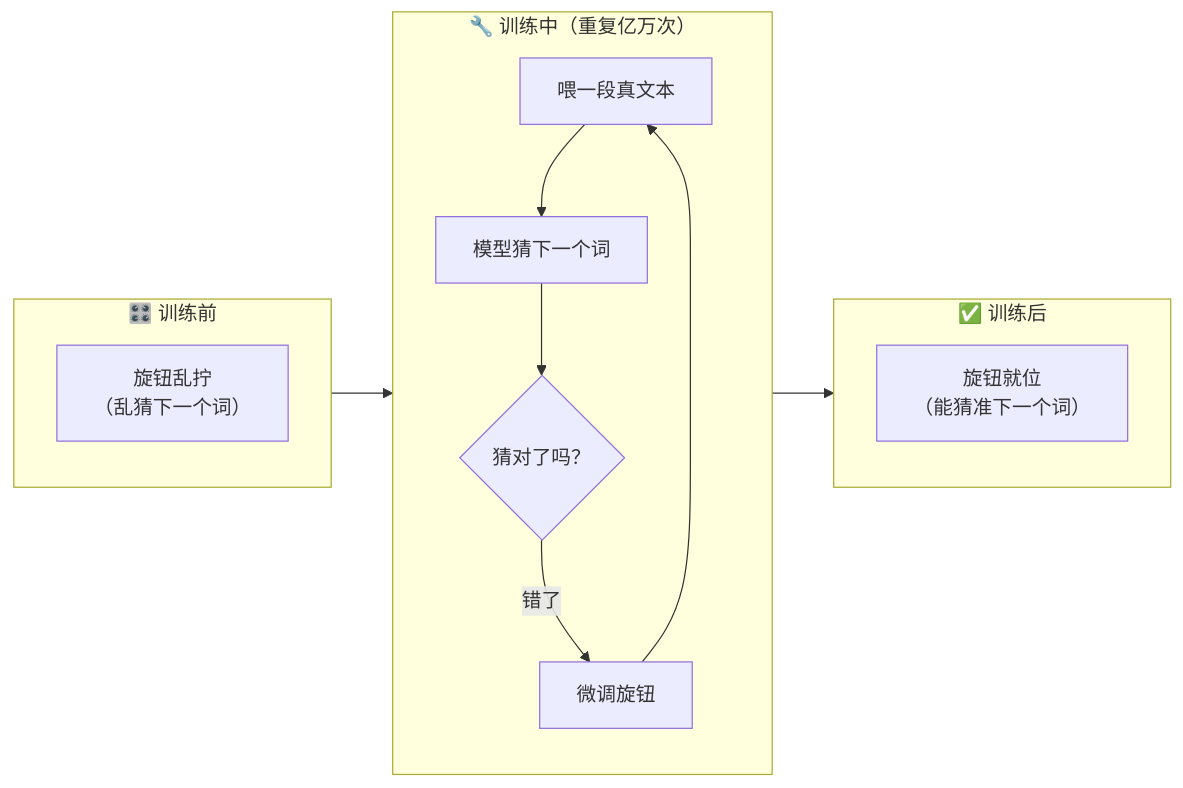
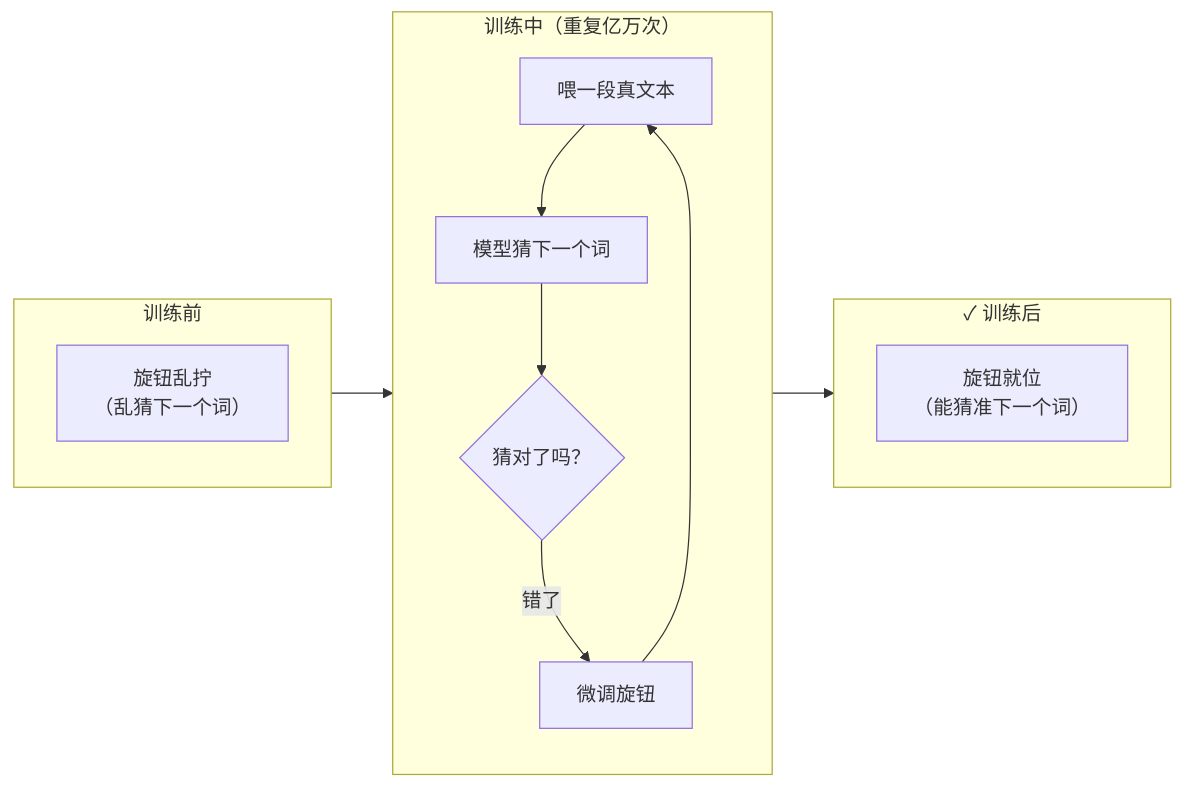
One commit to luckykhy/KhyAiHub changed the third of 7 diagrams in docs/02_CONCEPTS_概念入门/CONCEPT/[CONCEPT-06] 什么是LLM-大语言模型.md. Above: the diagram before and after it, drawn with Mermaid. The commit also changed other lines of this file and 19 other files, not shown here.

````diff
--- a/docs/02_CONCEPTS_概念入门/CONCEPT/[CONCEPT-06] 什么是LLM-大语言模型.md
+++ b/docs/02_CONCEPTS_概念入门/CONCEPT/[CONCEPT-06] 什么是LLM-大语言模型.md
@@ -90,16 +90,16 @@
 ```mermaid
 flowchart LR
-  subgraph 训练前["🎛️ 训练前"]
+  subgraph 训练前["训练前"]
     K1["旋钮乱拧<br/>（乱猜下一个词）"]
   end
-  subgraph 训练中["🔧 训练中（重复亿万次）"]
+  subgraph 训练中["训练中（重复亿万次）"]
     T1["喂一段真文本"] --> T2["模型猜下一个词"]
     T2 --> T3{"猜对了吗？"}
     T3 -- "错了" --> T4["微调旋钮"]
     T4 --> T1
   end
-  subgraph 训练后["✅ 训练后"]
+  subgraph 训练后["✓ 训练后"]
     K2["旋钮就位<br/>（能猜准下一个词）"]
   end
   训练前 --> 训练中 --> 训练后
 ```
````
